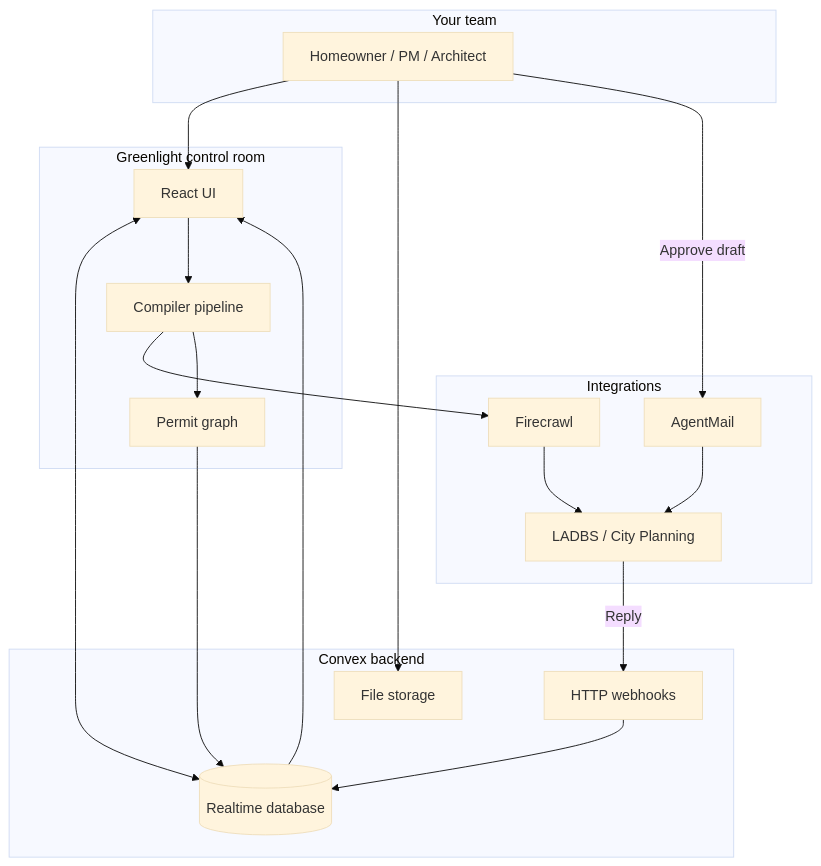
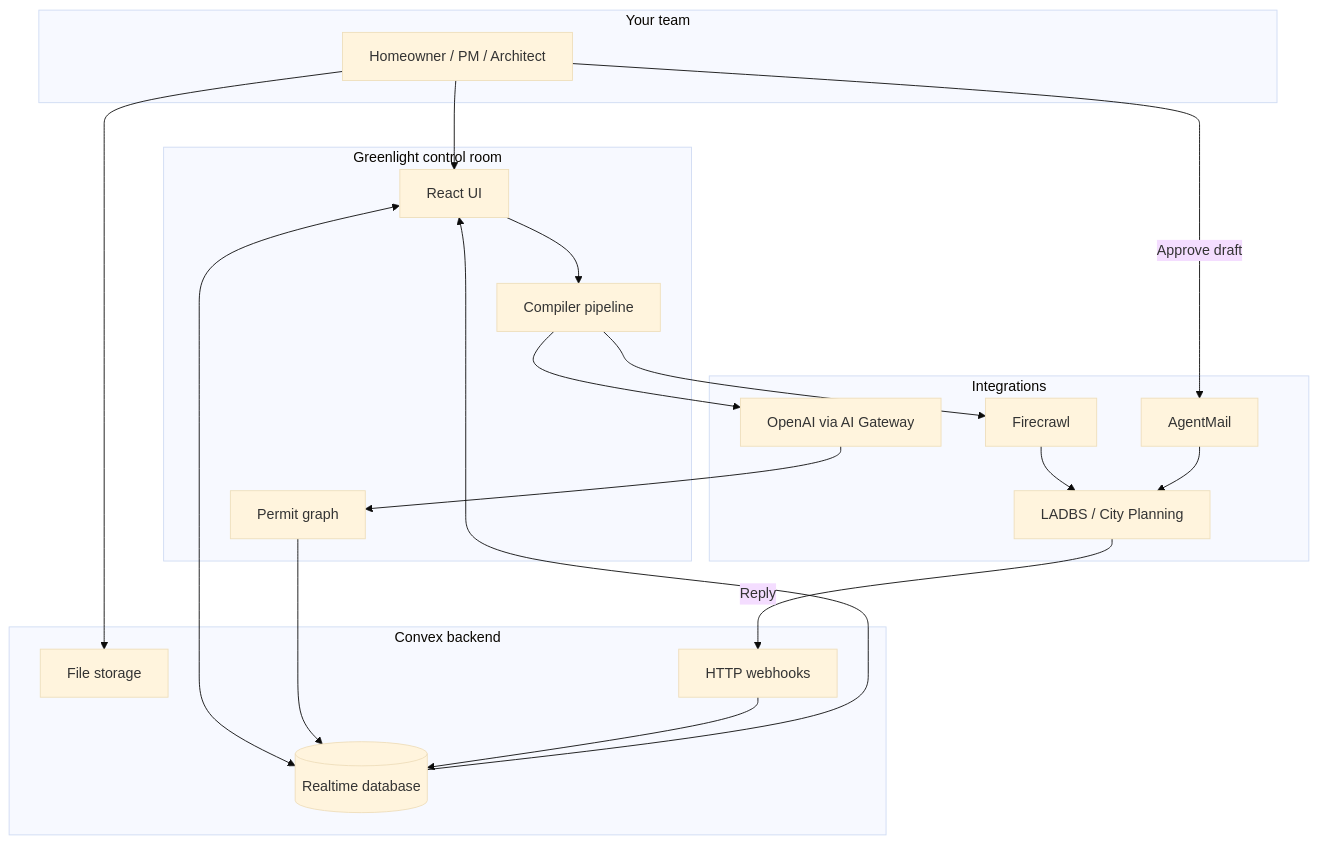
The diagram in README.md (AryanSaxenaa/greenlight), drawn with Mermaid (base theme) before and after one commit. The commit also changed other lines of this file and 32 other files, not shown here.

First line of the commit message:
Integrate OpenAI via Convex AI Gateway and refresh product copy.

````diff
--- a/README.md
+++ b/README.md
@@ -112,38 +124,40 @@
 ```mermaid
 flowchart TB
   subgraph user["Your team"]
     U[Homeowner / PM / Architect]
   end
 
   subgraph greenlight["Greenlight control room"]
     UI[React UI]
     PG[Permit graph]
     CR[Compiler pipeline]
   end
 
   subgraph convex["Convex backend"]
     DB[(Realtime database)]
     FS[File storage]
     HTTP[HTTP webhooks]
   end
 
   subgraph external["Integrations"]
     FC[Firecrawl]
+    OAI[OpenAI via AI Gateway]
     AM[AgentMail]
     LA[LADBS / City Planning]
   end
 
   U --> UI
   UI <--> DB
   UI --> CR
   CR --> FC
   FC --> LA
-  CR --> PG
+  CR --> OAI
+  OAI --> PG
   PG --> DB
   U --> FS
   U -->|Approve draft| AM
   AM --> LA
   LA -->|Reply| HTTP
   HTTP --> DB
   DB --> UI
 ```
````
